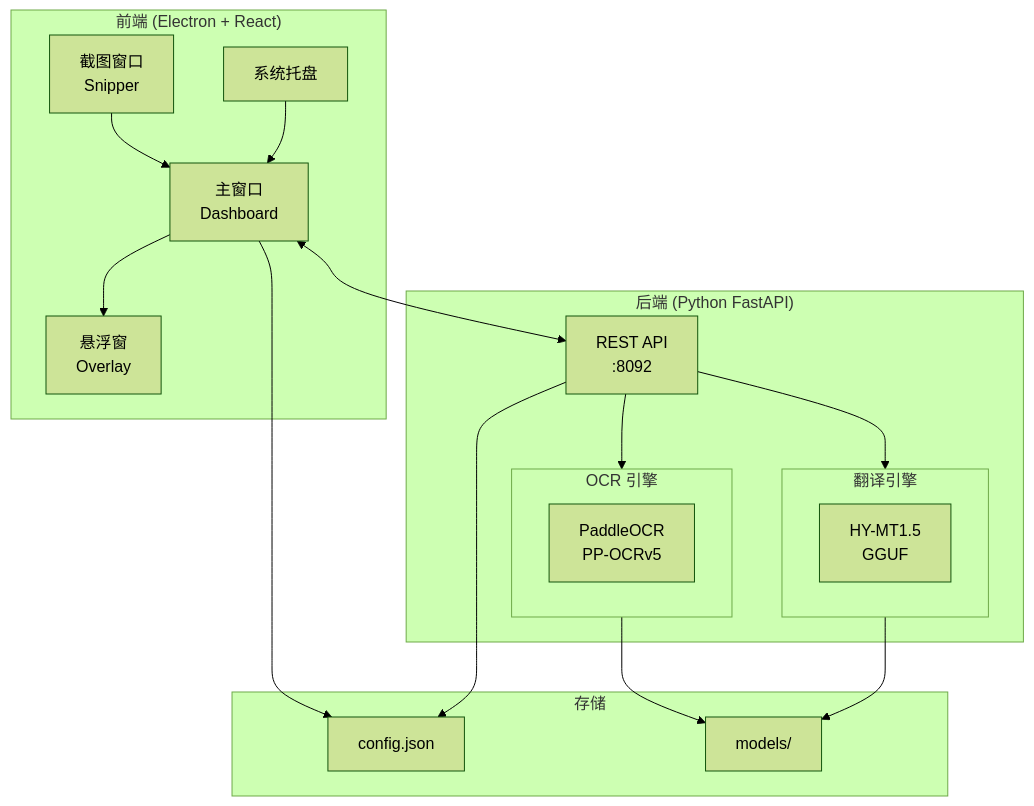
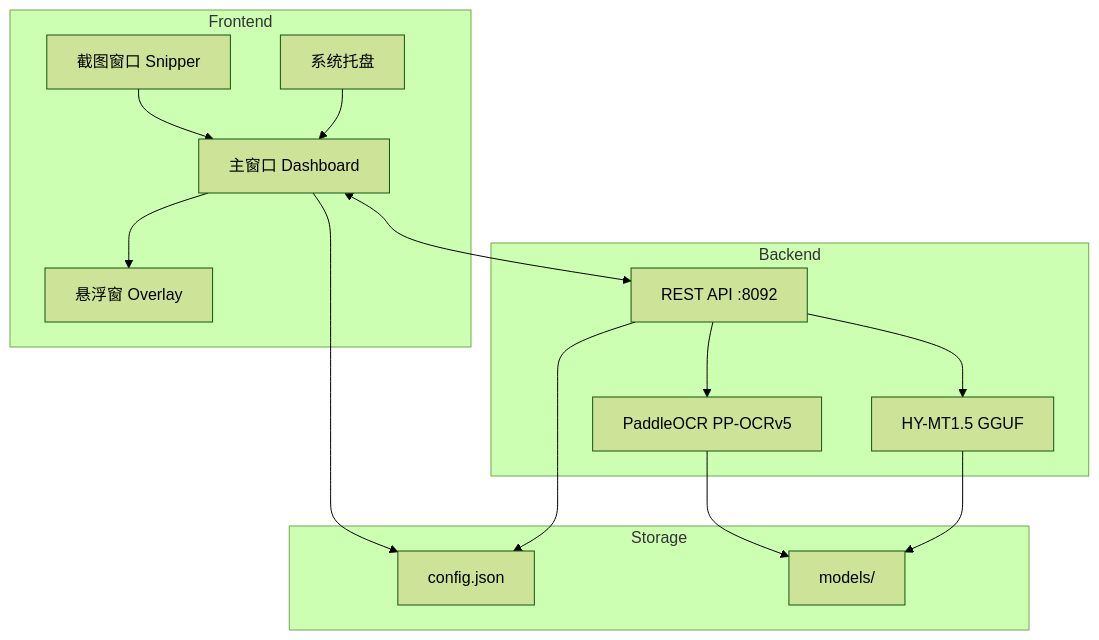
Before and after one commit to GTJasonMK/RSTA: the first of 13 diagrams in README.md, drawn with Mermaid (forest theme). The commit also changed other lines of this file, not shown here.

Commit message:
修改README图表显示bug

````diff
--- a/README.md
+++ b/README.md
@@ -23,35 +23,31 @@
 ```mermaid
 graph TB
-    subgraph Frontend["前端 (Electron + React)"]
-        Main["主窗口<br/>Dashboard"]
-        Snipping["截图窗口<br/>Snipper"]
-        Overlay["悬浮窗<br/>Overlay"]
-        Tray["系统托盘"]
+    subgraph Frontend
+        Main[主窗口 Dashboard]
+        Snipping[截图窗口 Snipper]
+        Overlay[悬浮窗 Overlay]
+        Tray[系统托盘]
     end
 
-    subgraph Backend["后端 (Python FastAPI)"]
-        API["REST API<br/>:8092"]
-        subgraph OCR["OCR 引擎"]
-            PaddleOCR["PaddleOCR<br/>PP-OCRv5"]
-        end
-        subgraph MT["翻译引擎"]
-            HYMT["HY-MT1.5<br/>GGUF"]
-        end
+    subgraph Backend
+        API[REST API :8092]
+        PaddleOCR[PaddleOCR PP-OCRv5]
+        HYMT[HY-MT1.5 GGUF]
     end
 
-    subgraph Storage["存储"]
-        Config["config.json"]
-        Models["models/"]
+    subgraph Storage
+        Config[config.json]
+        Models[models/]
     end
 
     Main <--> API
     Snipping --> Main
     Main --> Overlay
     Tray --> Main
-    API --> OCR
-    API --> MT
-    OCR --> Models
-    MT --> Models
+    API --> PaddleOCR
+    API --> HYMT
+    PaddleOCR --> Models
+    HYMT --> Models
     Main --> Config
     API --> Config
 ```
````
